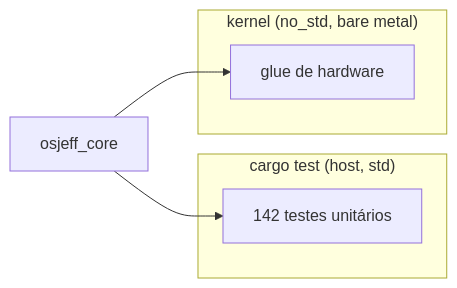
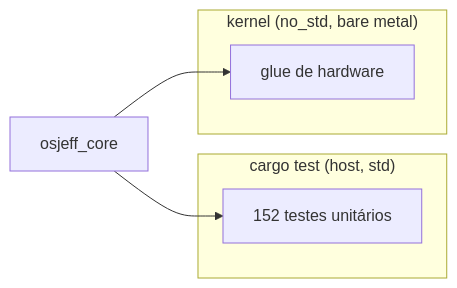
Before and after one commit to Jeffinp/OSjeff: the first of 6 diagrams in docs/ARCHITECTURE.md, drawn with Mermaid. The commit also changed other lines of this file and 8 other files, not shown here.

First line of the commit message:
feat: driver NE2000 e responder de rede (ping/ARP) — roadmap completo

````diff
--- a/docs/ARCHITECTURE.md
+++ b/docs/ARCHITECTURE.md
@@ -30,11 +30,11 @@
 ```mermaid
 flowchart LR
     subgraph host["cargo test (host, std)"]
-        T["142 testes unitários"]
+        T["152 testes unitários"]
     end
     subgraph prod["kernel (no_std, bare metal)"]
         K["glue de hardware"]
     end
     CORE["osjeff_core"] --> T
     CORE --> K
 ```
````
